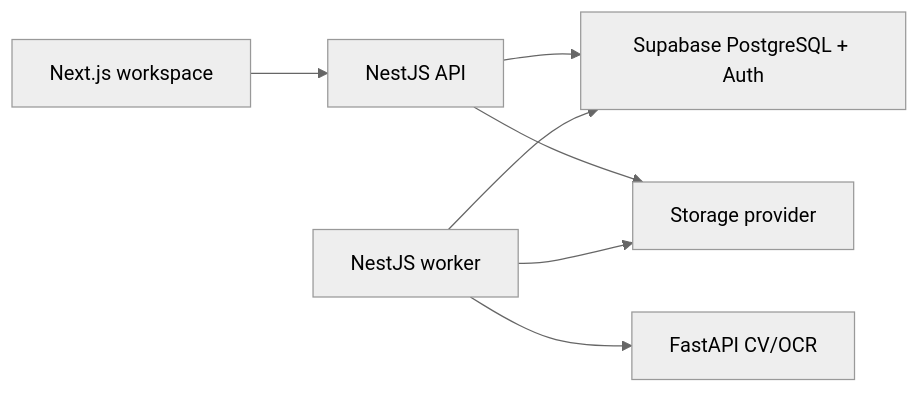
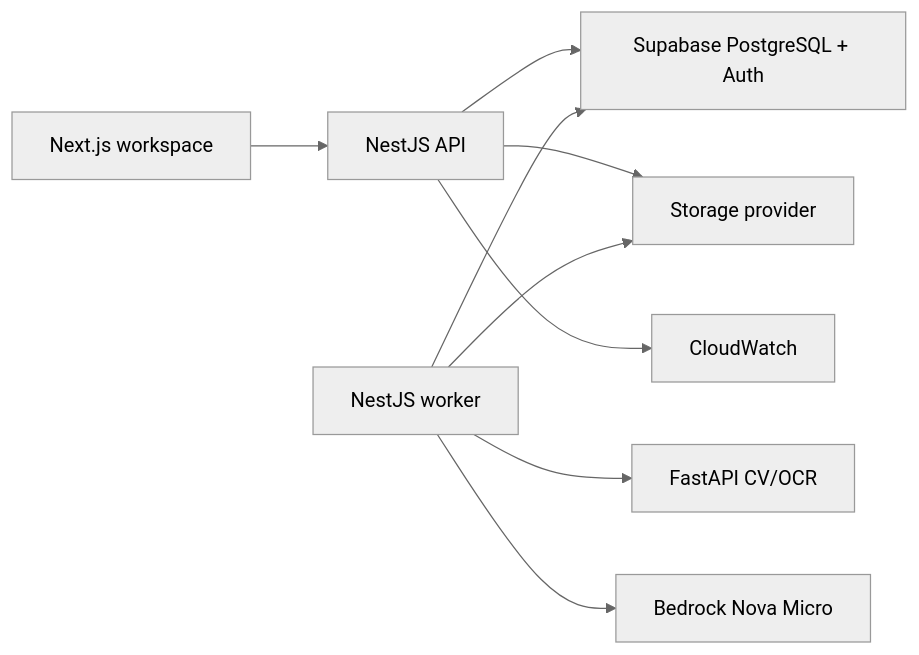
One commit to abdullahahsen05/plandelta-ai changed the diagram in README.md. Above: the diagram before and after it, drawn with Mermaid (neutral theme). The commit also changed other lines of this file and 8 other files, not shown here.

````diff
--- a/README.md
+++ b/README.md
@@ -38,9 +40,11 @@
 ```mermaid
 flowchart LR
     Browser["Next.js workspace"] --> API["NestJS API"]
     API --> DB["Supabase PostgreSQL + Auth"]
     Worker["NestJS worker"] --> DB
     Worker --> Vision["FastAPI CV/OCR"]
     API --> Storage["Storage provider"]
     Worker --> Storage
+    Worker --> Bedrock["Bedrock Nova Micro"]
+    API --> Logs["CloudWatch"]
 ```
````
